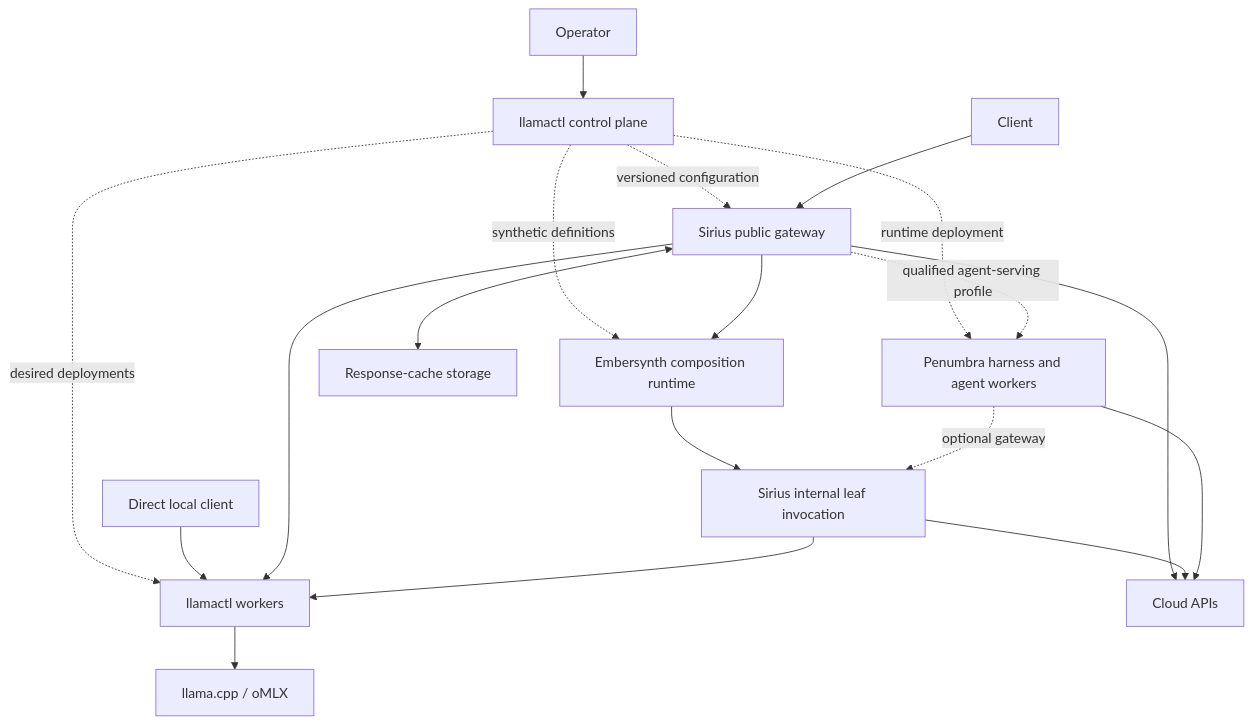
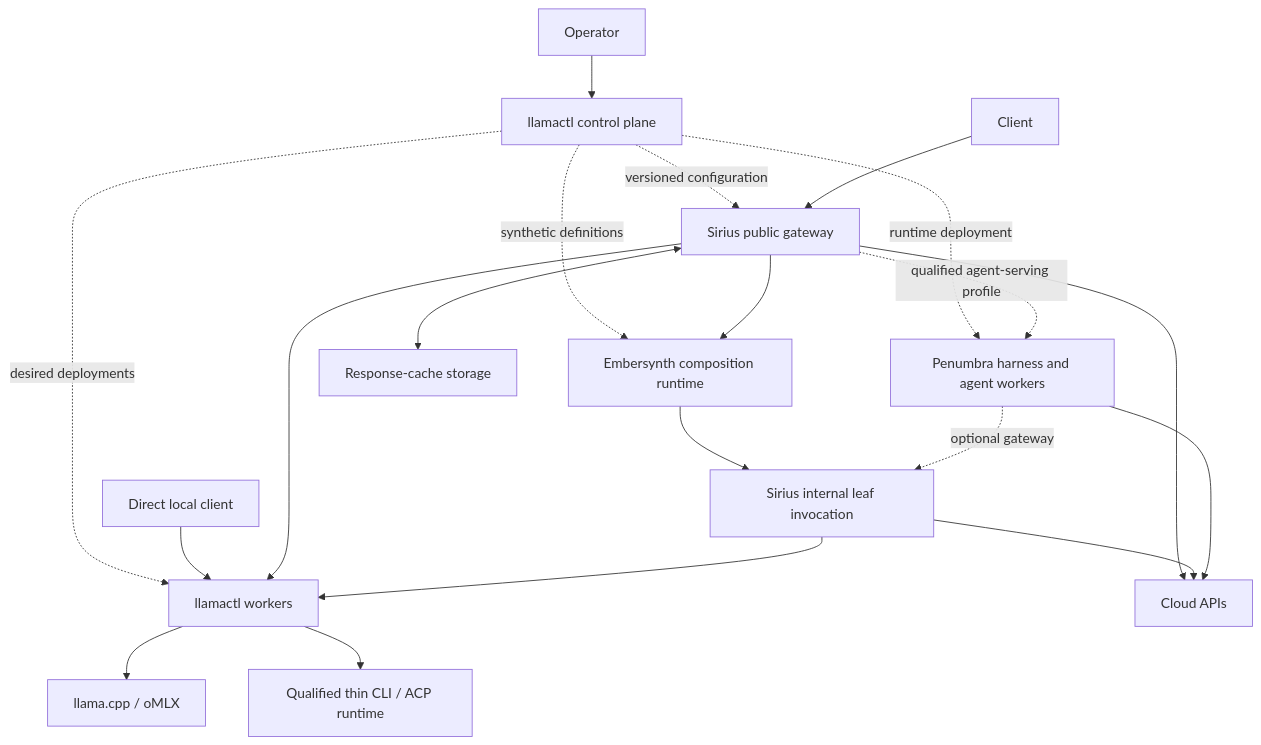
The diagram in docs/specs/2026-09-24-ai-platform-boundaries.md (frozename/llamactl), drawn with Mermaid before and after one commit. The commit also changed other lines of this file and 4 other files, not shown here.

````diff
--- a/docs/specs/2026-09-24-ai-platform-boundaries.md
+++ b/docs/specs/2026-09-24-ai-platform-boundaries.md
@@ -72,21 +72,22 @@
 ```mermaid
 flowchart TB
   O[Operator] --> L[llamactl control plane]
   L -. versioned configuration .-> S[Sirius public gateway]
   L -. desired deployments .-> W[llamactl workers]
   L -. synthetic definitions .-> E[Embersynth composition runtime]
   C[Client] --> S
   D[Direct local client] --> W
   S --> A[Cloud APIs]
   S --> W
   S --> E
   E --> I[Sirius internal leaf invocation]
   I --> A
   I --> W
   W --> R[llama.cpp / oMLX]
+  W --> T[Qualified thin CLI / ACP runtime]
   L -. runtime deployment .-> P[Penumbra harness and agent workers]
   S -. qualified agent-serving profile .-> P
   P --> A
   P -. optional gateway .-> I
   S <--> K[Response-cache storage]
 ```
````
